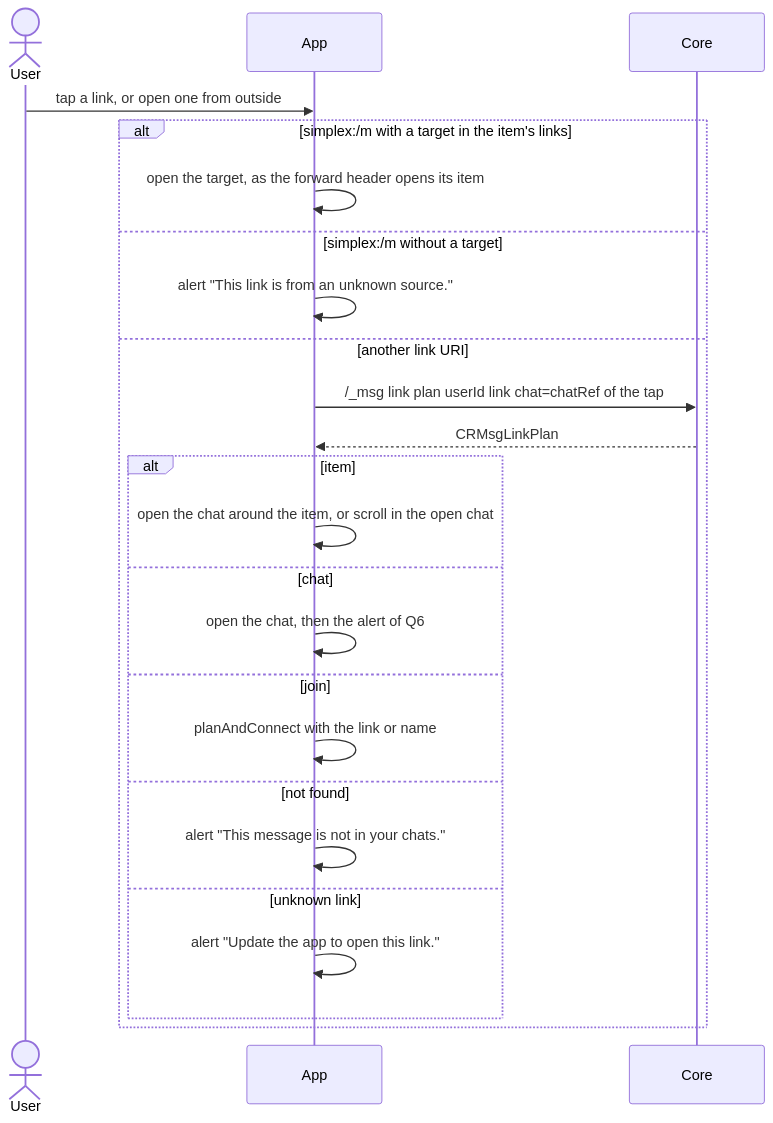
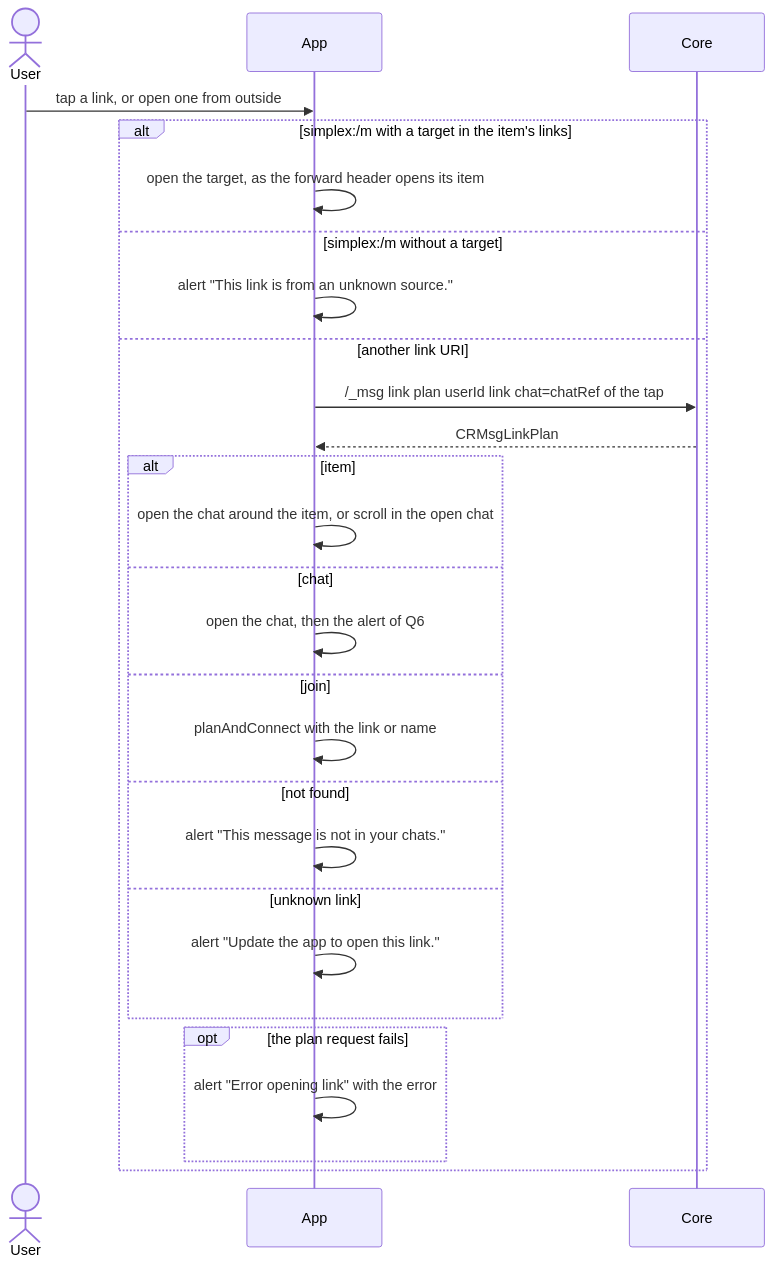
One commit to simplex-chat/simplex-chat changed the sixth of 7 diagrams in plans/2026-11-22-message-references.md. Above: the diagram before and after it, drawn with Mermaid. The commit also changed other lines of this file, not shown here.

Commit message:
docs: message links plan with the look decided from renders

````diff
--- a/plans/2026-11-22-message-references.md
+++ b/plans/2026-11-22-message-references.md
@@ -513,26 +513,29 @@
 ```mermaid
 sequenceDiagram
   actor U as User
   participant A as App
   participant C as Core
   U->>A: tap a link, or open one from outside
   alt simplex:/m with a target in the item's links
     A->>A: open the target, as the forward header opens its item
   else simplex:/m without a target
     A->>A: alert "This link is from an unknown source."
   else another link URI
     A->>C: /_msg link plan userId link chat=chatRef of the tap
     C-->>A: CRMsgLinkPlan
     alt item
       A->>A: open the chat around the item, or scroll in the open chat
     else chat
       A->>A: open the chat, then the alert of Q6
     else join
       A->>A: planAndConnect with the link or name
     else not found
       A->>A: alert "This message is not in your chats."
     else unknown link
       A->>A: alert "Update the app to open this link."
     end
+    opt the plan request fails
+      A->>A: alert "Error opening link" with the error
+    end
   end
 ```
````
